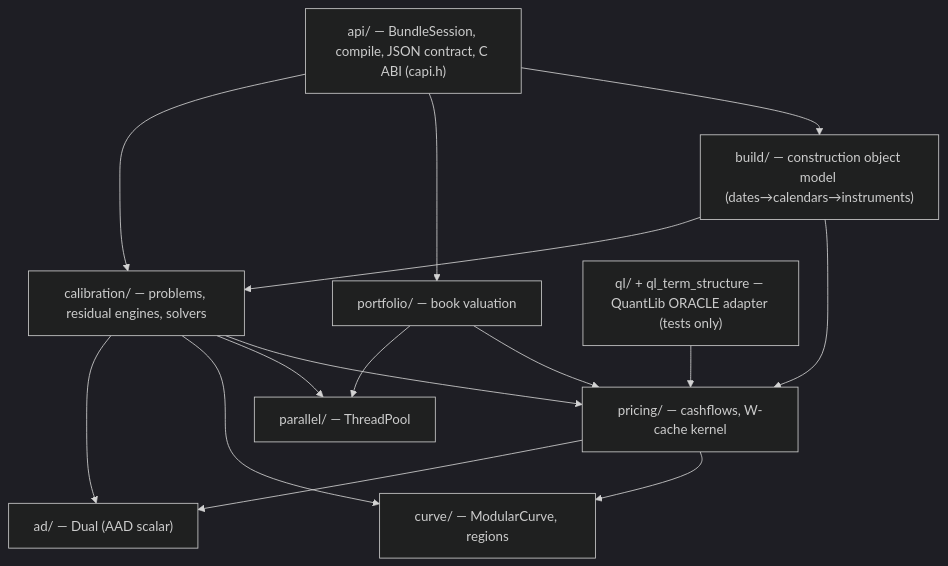
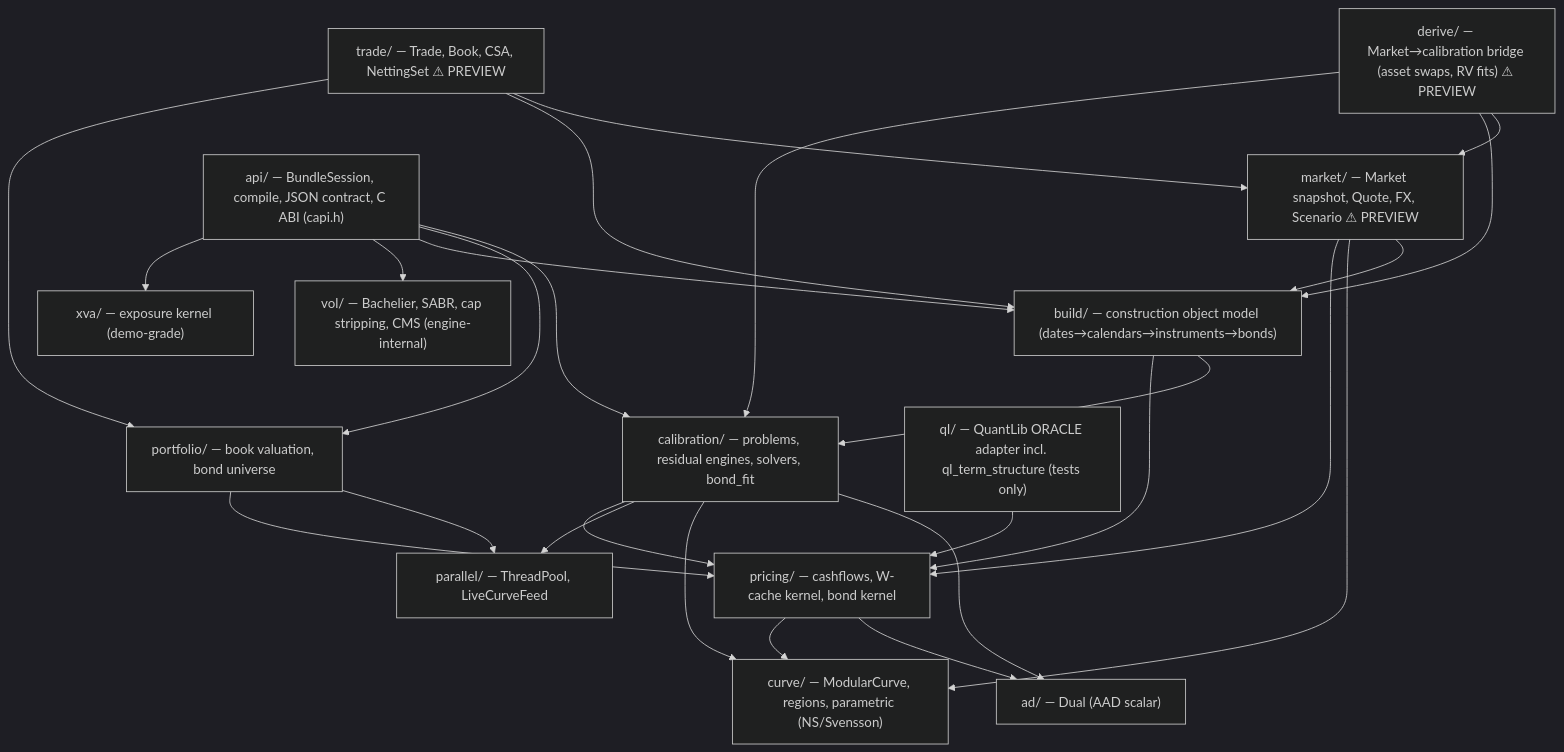
One commit to kbro123/SwapEngine changed the first of 2 diagrams in ARCHITECTURE.md. Above: the diagram before and after it, drawn with Mermaid (dark theme). The commit also changed other lines of this file and 32 other files, not shown here.

````diff
--- a/ARCHITECTURE.md
+++ b/ARCHITECTURE.md
@@ -17,27 +17,43 @@
 ```mermaid
 graph TD
     ad["ad/ — Dual (AAD scalar)"]
-    curve["curve/ — ModularCurve, regions"]
-    parallel["parallel/ — ThreadPool"]
-    pricing["pricing/ — cashflows, W-cache kernel"]
-    calibration["calibration/ — problems, residual engines, solvers"]
-    portfolio["portfolio/ — book valuation"]
-    build["build/ — construction object model (dates→calendars→instruments)"]
+    curve["curve/ — ModularCurve, regions, parametric (NS/Svensson)"]
+    parallel["parallel/ — ThreadPool, LiveCurveFeed"]
+    pricing["pricing/ — cashflows, W-cache kernel, bond kernel"]
+    calibration["calibration/ — problems, residual engines, solvers, bond_fit"]
+    portfolio["portfolio/ — book valuation, bond universe"]
+    build["build/ — construction object model (dates→calendars→instruments→bonds)"]
+    vol["vol/ — Bachelier, SABR, cap stripping, CMS (engine-internal)"]
+    xva["xva/ — exposure kernel (demo-grade)"]
+    market["market/ — Market snapshot, Quote, FX, Scenario ⚠ PREVIEW"]
+    trade["trade/ — Trade, Book, CSA, NettingSet ⚠ PREVIEW"]
+    derive["derive/ — Market→calibration bridge (asset swaps, RV fits) ⚠ PREVIEW"]
     api["api/ — BundleSession, compile, JSON contract, C ABI (capi.h)"]
-    ql["ql/ + ql_term_structure — QuantLib ORACLE adapter (tests only)"]
+    ql["ql/ — QuantLib ORACLE adapter incl. ql_term_structure (tests only)"]
 
     pricing --> ad
     pricing --> curve
     calibration --> ad
     calibration --> curve
     calibration --> parallel
     calibration --> pricing
     portfolio --> parallel
     portfolio --> pricing
     build --> calibration
     build --> pricing
+    market --> build
+    market --> curve
+    market --> pricing
+    trade --> market
+    trade --> build
+    trade --> portfolio
+    derive --> market
+    derive --> build
+    derive --> calibration
     api --> calibration
     api --> portfolio
     api --> build
+    api --> vol
+    api --> xva
     ql --> pricing
 ```
````
